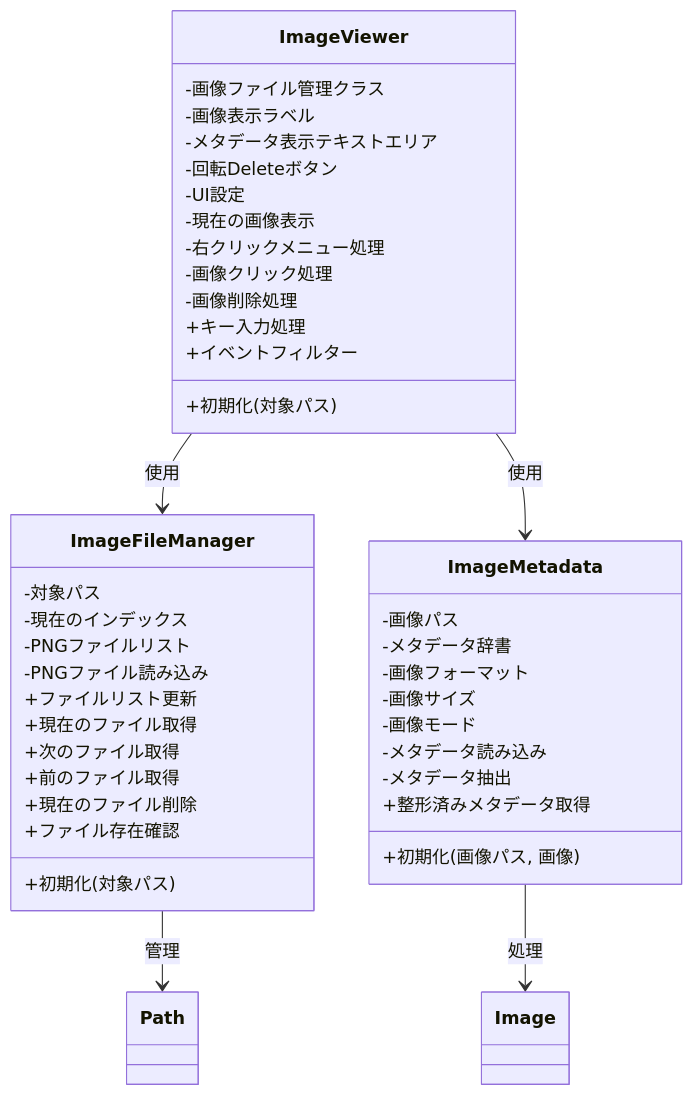
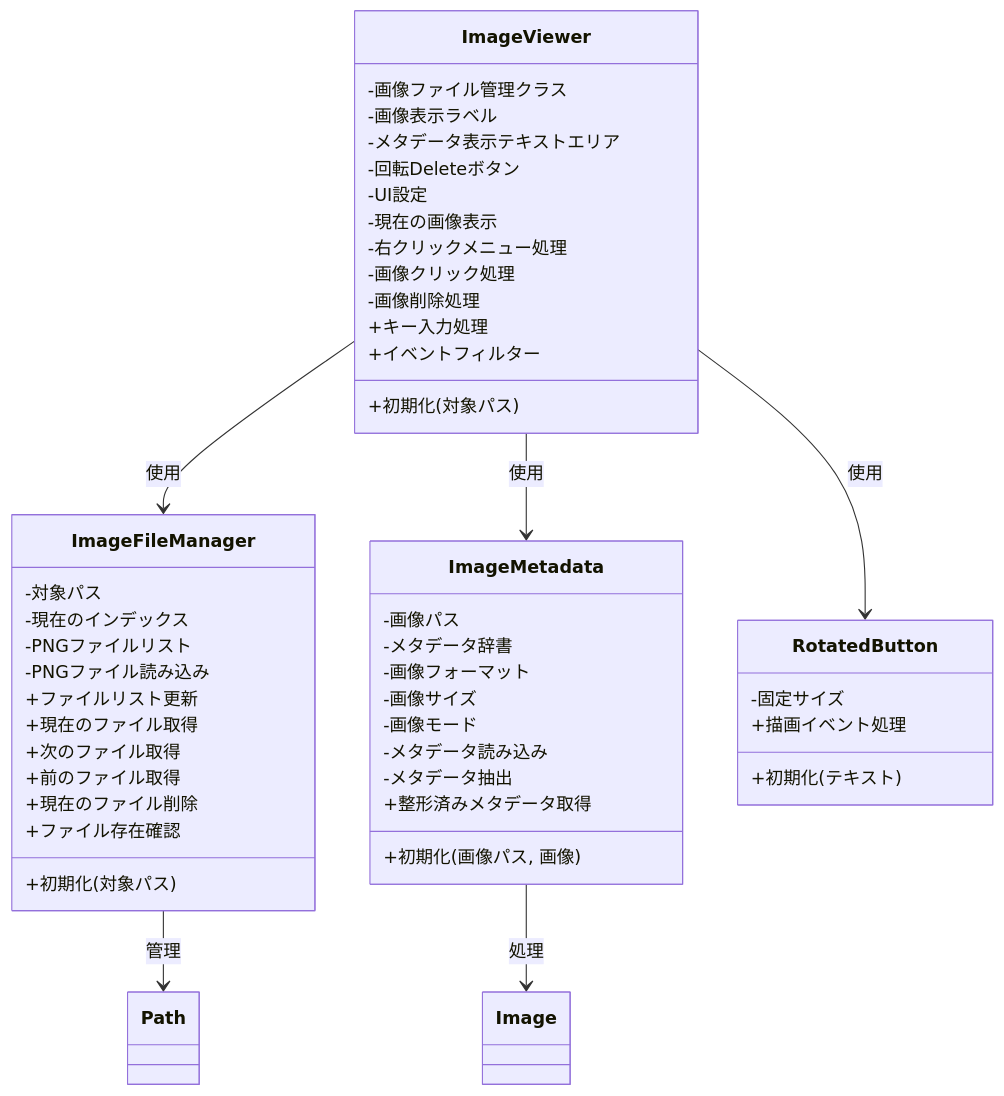
Before and after one commit to Her-Sun/MetadataChecker: the diagram in README.md, drawn with Mermaid. The commit also changed other lines of this file and 1 other file, not shown here.

````diff
--- a/README.md
+++ b/README.md
@@ -25,48 +21,55 @@
 ```mermaid
 classDiagram
     class ImageViewer {
         -画像ファイル管理クラス
         -画像表示ラベル
         -メタデータ表示テキストエリア
         -回転Deleteボタン
         +初期化(対象パス)
         -UI設定
         -現在の画像表示
         -右クリックメニュー処理
         -画像クリック処理
         -画像削除処理
         +キー入力処理
         +イベントフィルター
     }
 
     class ImageFileManager {
         -対象パス
         -現在のインデックス
         -PNGファイルリスト
         +初期化(対象パス)
         -PNGファイル読み込み
         +ファイルリスト更新
         +現在のファイル取得
         +次のファイル取得
         +前のファイル取得
         +現在のファイル削除
         +ファイル存在確認
     }
 
     class ImageMetadata {
         -画像パス
         -メタデータ辞書
         -画像フォーマット
         -画像サイズ
         -画像モード
         +初期化(画像パス, 画像)
         -メタデータ読み込み
         -メタデータ抽出
         +整形済みメタデータ取得
     }
 
+    class RotatedButton {
+        -固定サイズ
+        +初期化(テキスト)
+        +描画イベント処理
+    }
+
     ImageViewer --> ImageFileManager : 使用
     ImageViewer --> ImageMetadata : 使用
+    ImageViewer --> RotatedButton : 使用
     ImageFileManager --> Path : 管理
     ImageMetadata --> Image : 処理
 ```
````
